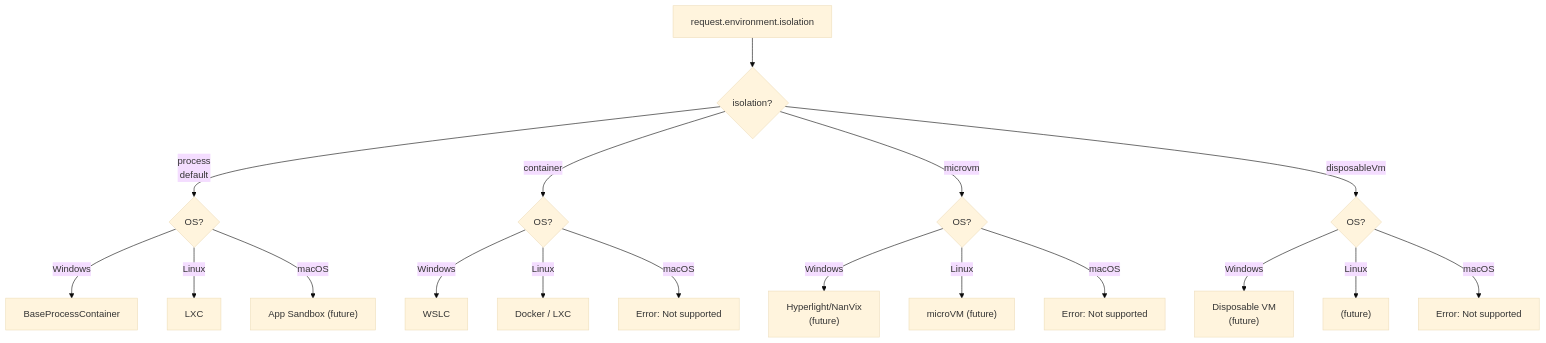
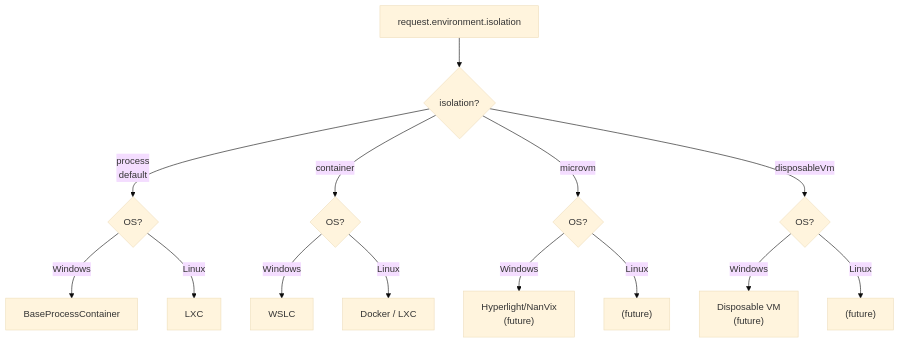
Before and after one commit to microsoft/mxc: the second of 2 diagrams in docs/sandbox-policy/v1/policy.md, drawn with Mermaid (base theme). The commit also changed other lines of this file and 2 other files, not shown here.

First line of the commit message:
Update SandboxRequest spec: SandboxRequest model, full schema coverage, OS contribution guide

````diff
--- a/docs/sandbox-policy/v1/policy.md
+++ b/docs/sandbox-policy/v1/policy.md
@@ -804,24 +836,20 @@
 ```mermaid
 flowchart TD
     Start[request.environment.isolation] --> P{isolation?}
 
     P -->|"process"<br/>default| OS1{OS?}
     OS1 -->|Windows| AC[BaseProcessContainer]
     OS1 -->|Linux| LL[LXC]
-    OS1 -->|macOS| AS["App Sandbox (future)"]
 
     P -->|"container"| OS2{OS?}
     OS2 -->|Windows| WSLC[WSLC]
     OS2 -->|Linux| LXC2["Docker / LXC"]
-    OS2 -->|macOS| ERR1[Error: Not supported]
 
     P -->|"microvm"| OS3{OS?}
     OS3 -->|Windows| NV["Hyperlight/NanVix<br/>(future)"]
-    OS3 -->|Linux| ERR2["microVM (future)"]
-    OS3 -->|macOS| ERR3[Error: Not supported]
+    OS3 -->|Linux| ERR2["(future)"]
 
     P -->|"disposableVm"| OS4{OS?}
     OS4 -->|Windows| SB["Disposable VM<br/>(future)"]
     OS4 -->|Linux| ERR4["(future)"]
-    OS4 -->|macOS| ERR5[Error: Not supported]
 ```
````
